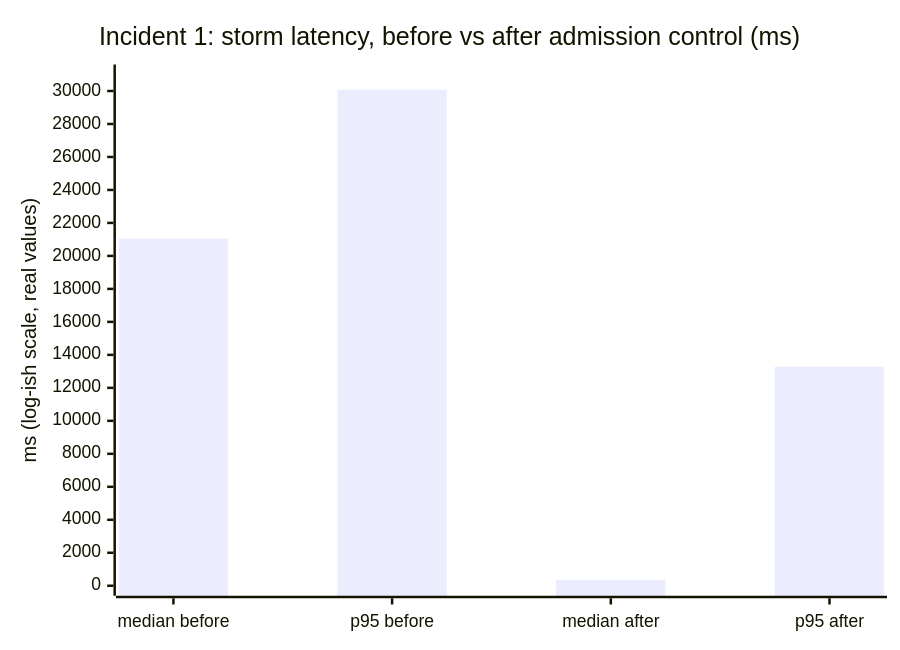
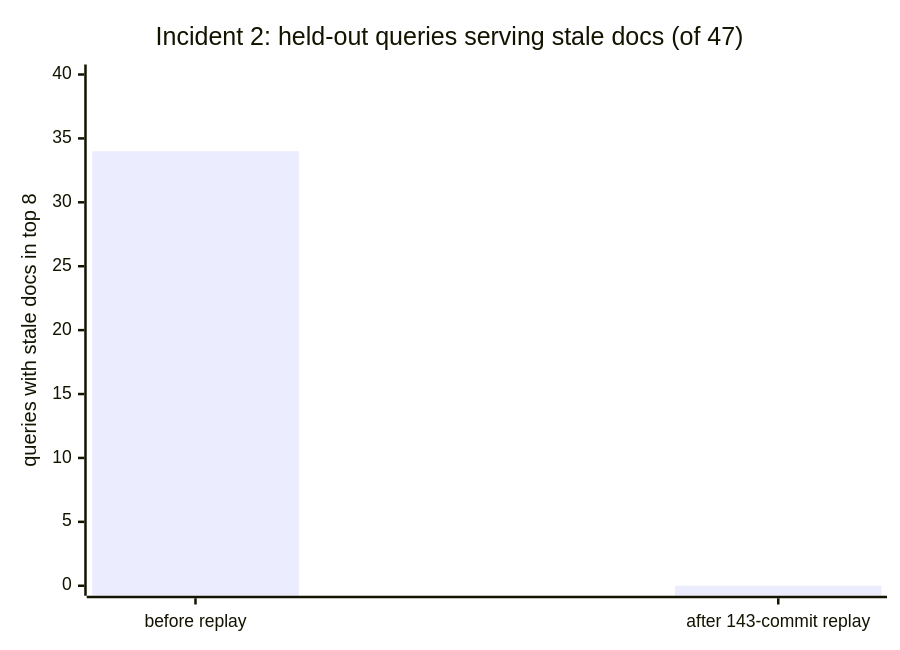
Before and after one commit to kartikeyamandhar/prod_rag: the seventh of 8 diagrams in README.md, drawn with Mermaid. The commit also changed other lines of this file, not shown here.

````diff
--- a/README.md
+++ b/README.md
@@ -200,7 +209,7 @@
 ```mermaid
 xychart-beta
-    title "Incident 1: storm latency, before vs after admission control (ms)"
-    x-axis ["median before", "p95 before", "median after", "p95 after"]
-    y-axis "ms (log-ish scale, real values)" 0 --> 31000
-    bar [21056, 30085, 365, 13291]
+    title "Incident 2: held-out queries serving stale docs (of 47)"
+    x-axis ["before replay", "after 143-commit replay"]
+    y-axis "queries with stale docs in top 8" 0 --> 40
+    bar [34, 0]
 ```
````
